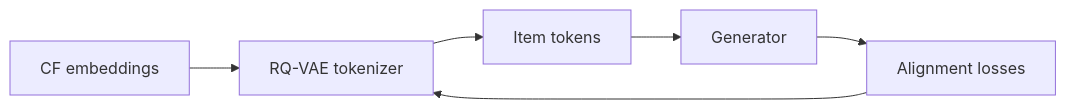
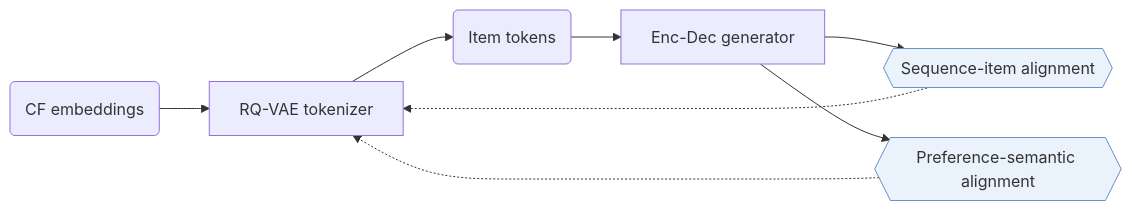
Before and after one commit to Galaxy-ghost/Awesome-SID-Generative-Rec: the first of 2 diagrams in notes/etegrec.md, drawn with Mermaid. The commit also changed other lines of this file and 521 other files, not shown here.

Commit message:
writer-04 part 3: algorithm diagrams with shared shape conventions, README hero and paper cards, archive removed

````diff
--- a/notes/etegrec.md
+++ b/notes/etegrec.md
@@ -13,8 +13,11 @@
 ```mermaid
 flowchart LR
-    A[CF embeddings] --> B[RQ-VAE tokenizer]
-    B --> C[Item tokens]
-    C --> D[Generator]
-    D --> E[Alignment losses]
-    E --> B
+    A("CF embeddings") --> B["RQ-VAE tokenizer"]
+    B --> C("Item tokens")
+    C --> D["Enc-Dec generator"]
+    D --> L1{{"Sequence-item alignment"}}:::key
+    D --> L2{{"Preference-semantic alignment"}}:::key
+    L1 -.-> B
+    L2 -.-> B
+    classDef key fill:#eaf2fb,stroke:#6b8fc7
 ```
````
